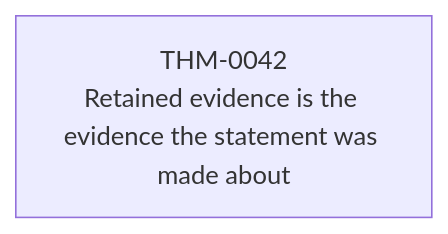
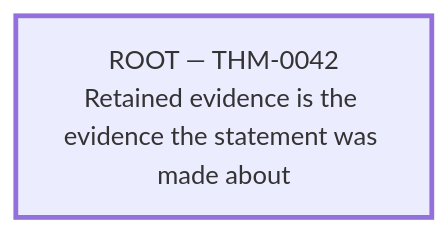
The sixth of 7 diagrams in verification/generated/theorem-dependencies.md (matssun/mcp-re), drawn with Mermaid before and after one commit. The commit also changed other lines of this file and 9 other files, not shown here.

````diff
--- a/verification/generated/theorem-dependencies.md
+++ b/verification/generated/theorem-dependencies.md
@@ -202,4 +242,6 @@
 ```mermaid
 graph BT
-    THM_0042["THM-0042<br/>Retained evidence is the evidence the statement was made about"]
+    THM_0042["ROOT — THM-0042<br/>Retained evidence is the evidence the statement was made about"]
+    classDef root stroke-width:3px;
+    class THM_0042 root;
 ```
````
